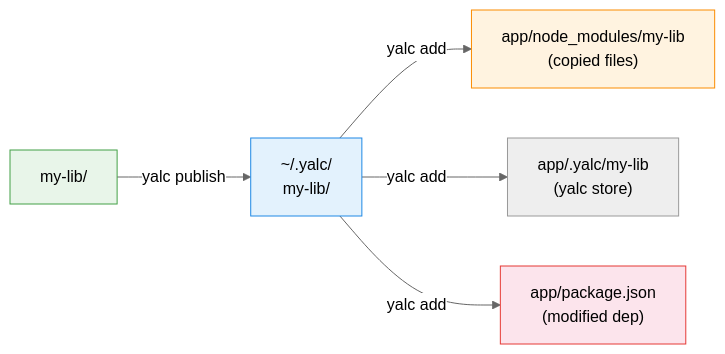
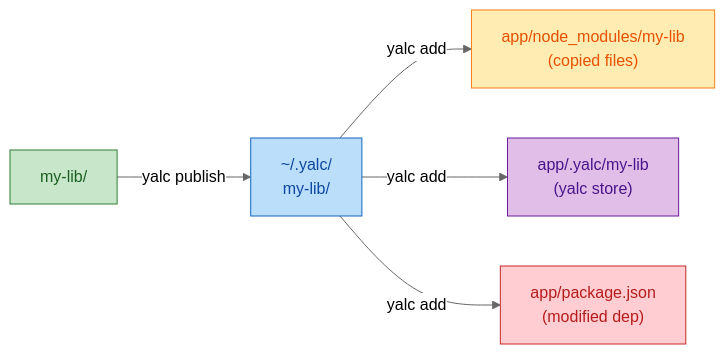
Before and after one commit to oleg-kuibar/plunk: the second of 4 diagrams in docs/comparison.md, drawn with Mermaid (neutral theme). The commit also changed other lines of this file and 10 other files, not shown here.

First line of the commit message:
docs: theme-safe mermaid colors, tighten prose

````diff
--- a/docs/comparison.md
+++ b/docs/comparison.md
@@ -23,12 +23,13 @@
 ```mermaid
 graph LR
     A["my-lib/"] -- "yalc publish" --> B["~/.yalc/<br/>my-lib/"]
     B -- "yalc add" --> C["app/node_modules/my-lib<br/>(copied files)"]
     B -- "yalc add" --> D["app/.yalc/my-lib<br/>(yalc store)"]
     B -- "yalc add" --> E["app/package.json<br/>(modified dep)"]
 
-    style A fill:#e8f5e9,stroke:#43a047
-    style B fill:#e3f2fd,stroke:#1e88e5
-    style C fill:#fff3e0,stroke:#fb8c00
-    style E fill:#fce4ec,stroke:#e53935
+    style A fill:#c8e6c9,stroke:#2e7d32,color:#1b5e20
+    style B fill:#bbdefb,stroke:#1565c0,color:#0d47a1
+    style C fill:#ffecb3,stroke:#f57f17,color:#e65100
+    style D fill:#e1bee7,stroke:#6a1b9a,color:#4a148c
+    style E fill:#ffcdd2,stroke:#c62828,color:#b71c1c
 ```
````
